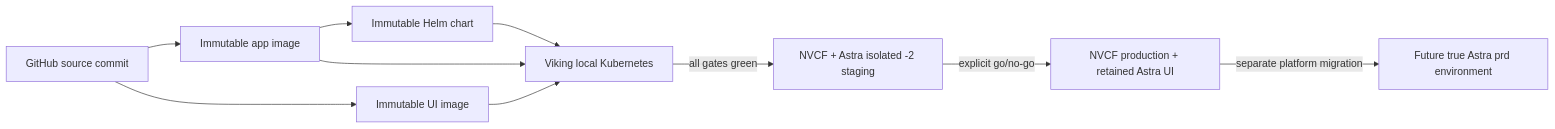
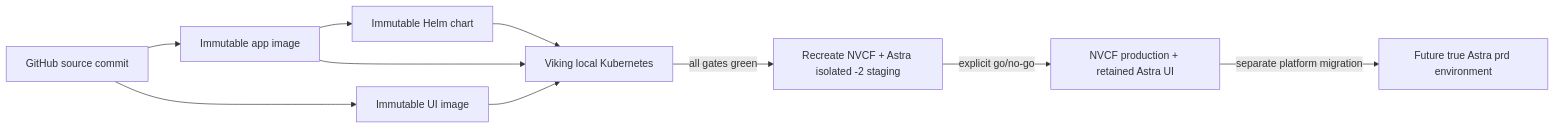
The diagram in skills/operate-nemotron-voice-agent/references/deployment-flow.md (nv-nikkulkarni/nemotron-voice-agent), drawn with Mermaid before and after one commit. The commit also changed other lines of this file and 16 other files, not shown here.

````diff
--- a/skills/operate-nemotron-voice-agent/references/deployment-flow.md
+++ b/skills/operate-nemotron-voice-agent/references/deployment-flow.md
@@ -20,21 +20,21 @@
 ```mermaid
 flowchart LR
     SRC["GitHub source commit"]
     APP["Immutable app image"]
     UI["Immutable UI image"]
     CHART["Immutable Helm chart"]
     V["Viking local Kubernetes"]
-    S["NVCF + Astra isolated -2 staging"]
+    S["Recreate NVCF + Astra isolated -2 staging"]
     P["NVCF production + retained Astra UI"]
     PRD["Future true Astra prd environment"]
 
     SRC --> APP
     SRC --> UI
     APP --> CHART
     APP --> V
     UI --> V
     CHART --> V
     V -->|"all gates green"| S
     S -->|"explicit go/no-go"| P
     P -->|"separate platform migration"| PRD
 ```
````
